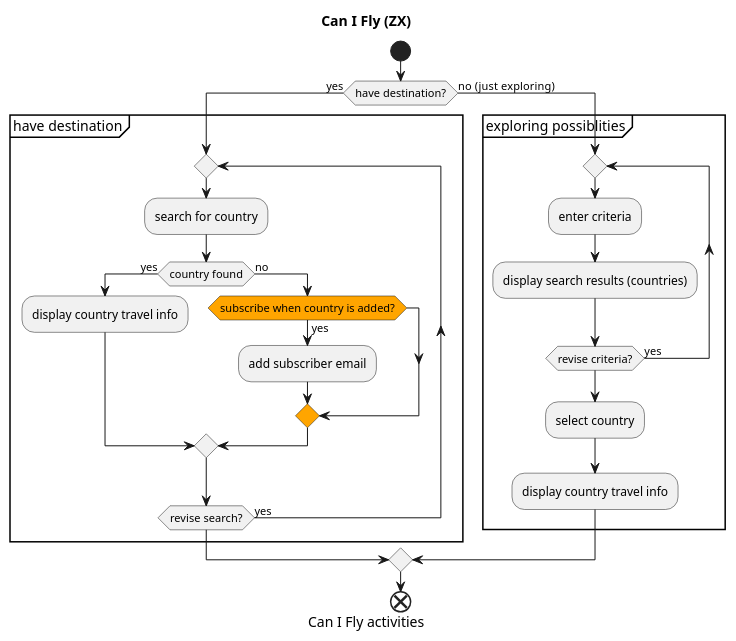
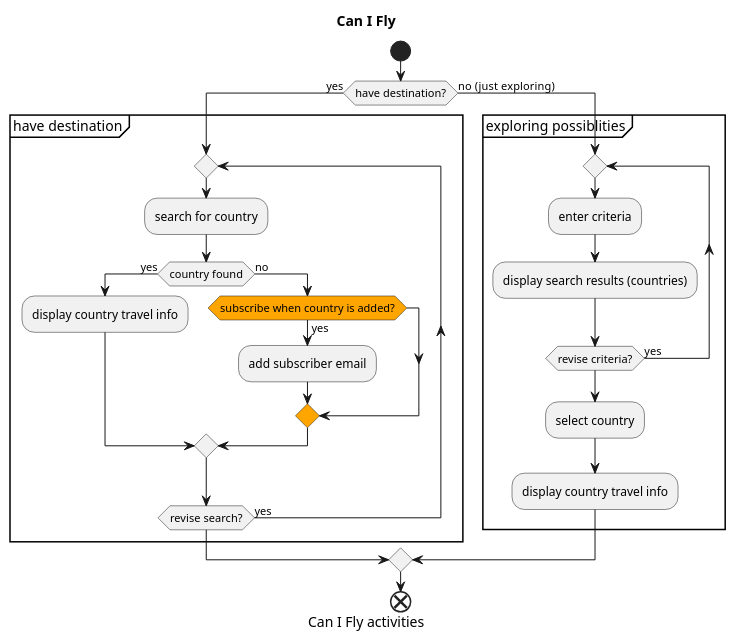
Before and after one commit to ongzhixian/dc6Poc: the diagram in _docs/uml/travel-app2.activity.pu, drawn with PlantUML. The commit also changed 1 other file, not shown here.

Commit message:
add diagrams

```diff
--- a/_docs/uml/travel-app2.activity.pu
+++ b/_docs/uml/travel-app2.activity.pu
@@ -1,83 +1,83 @@
 @startuml 
 
 ' Document what travel-app can do
 
-title Can I Fly (ZX)
+title Can I Fly
 
 caption Can I Fly activities
 
 start
 /'
 note
     Start
 endnote
 '/
 
 
 if (have destination?) is (yes) then
     partition "have destination" {
     repeat
         :search for country;
         if (country found) is (yes) then
             :display country travel info;
         else (no)
             #orange:if (subscribe when country is added?) is (yes) then
                 :add subscriber email;
             'else (no)
             endif
         endif
     repeat while (revise search?) is (yes)
     } 
 else (no  (just exploring))
     partition "exploring possiblities" {
     repeat
         :enter criteria;
         :display search results (countries);
     repeat while (revise criteria?) is (yes)
     :select country;
     :display country travel info;
     }
 endif
 
 /'
 if (For travel?) is (yes) then
     :left;
 else (no)
     if (x?) is (no) then
     :ri;
     end
 endif
 '/
 
 end
 /'
 note
     example
 endnote
 '/
 
 
 /'
 start
 note right
     search criteria
 endnote
 
 if (shn?) then (yes)
     :Text 1;
 elseif (condition B) then (yes)
     :Text 2;
     stop
 elseif (condition C) then (yes)
     :Text 3;
 elseif (condition D) then (yes)
     :Text 4;
 else (nothing)
     :Text else;
 endif
 
 end
 '/
 
 
 @enduml
```
